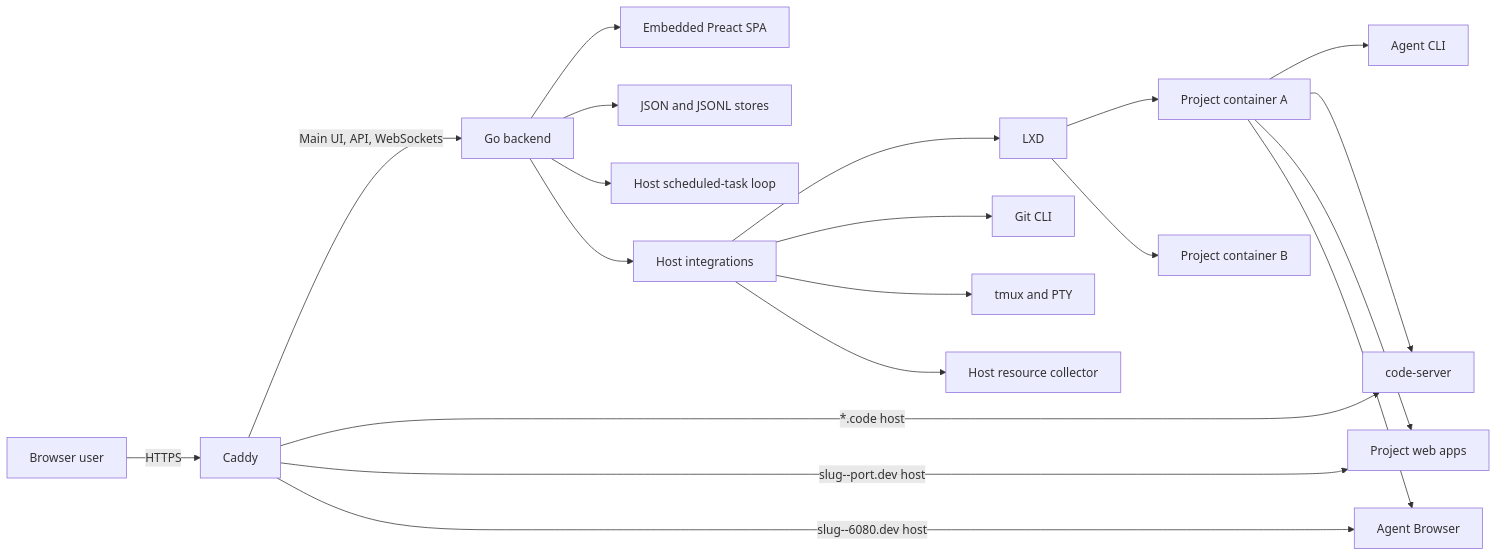
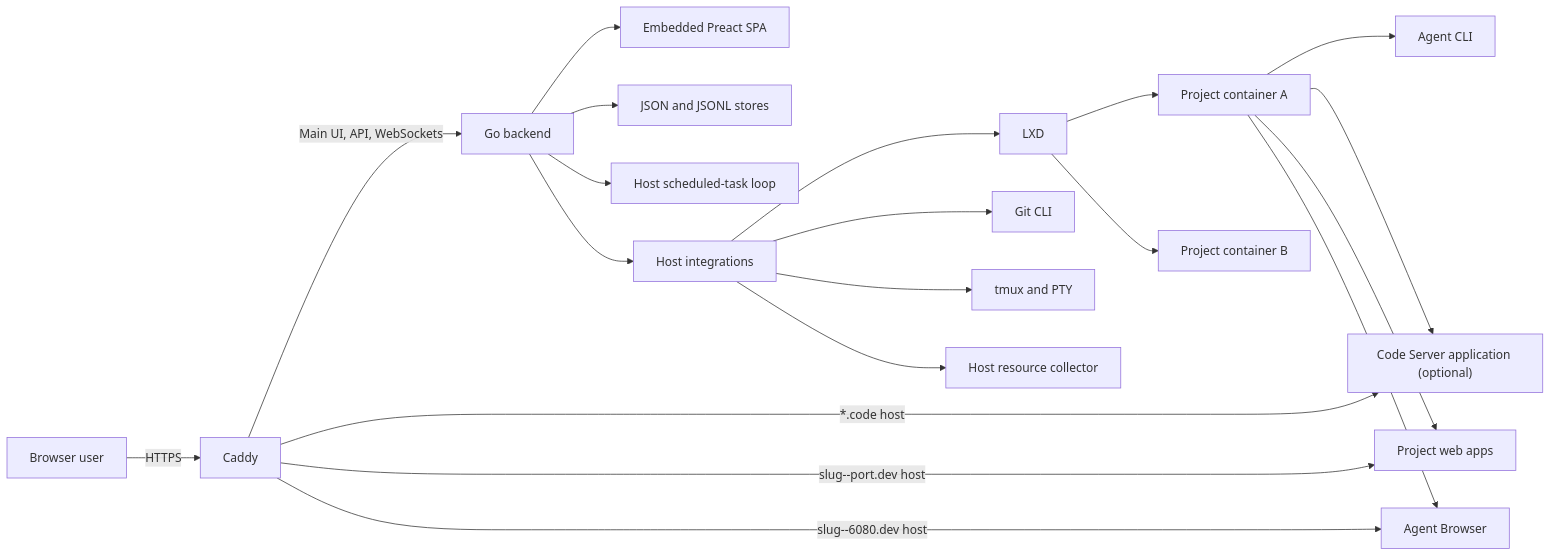
Before and after one commit to Ahmedwaleed22/remote.futrx: the first of 3 diagrams in docs/01-overview/01-system-overview.md, drawn with Mermaid. The commit also changed 51 other files, not shown here.

Commit message:
feat: make Code Server an optional project application

````diff
--- a/docs/01-overview/01-system-overview.md
+++ b/docs/01-overview/01-system-overview.md
@@ -14,24 +14,24 @@
 ```mermaid
 flowchart LR
     User["Browser user"] -->|"HTTPS"| Caddy["Caddy"]
     Caddy -->|"Main UI, API, WebSockets"| Go["Go backend"]
     Go --> SPA["Embedded Preact SPA"]
     Go --> Stores["JSON and JSONL stores"]
     Go --> Scheduler["Host scheduled-task loop"]
     Go --> Host["Host integrations"]
     Host --> LXD["LXD"]
     Host --> Git["Git CLI"]
     Host --> Tmux["tmux and PTY"]
     Host --> Info["Host resource collector"]
 
     LXD --> P1["Project container A"]
     LXD --> P2["Project container B"]
     P1 --> Agent["Agent CLI"]
-    P1 --> IDE["code-server"]
+    P1 --> IDE["Code Server application (optional)"]
     P1 --> Apps["Project web apps"]
     P1 --> Chromium["Agent Browser"]
 
     Caddy -->|"*.code host"| IDE
     Caddy -->|"slug--port.dev host"| Apps
     Caddy -->|"slug--6080.dev host"| Chromium
 ```
````
